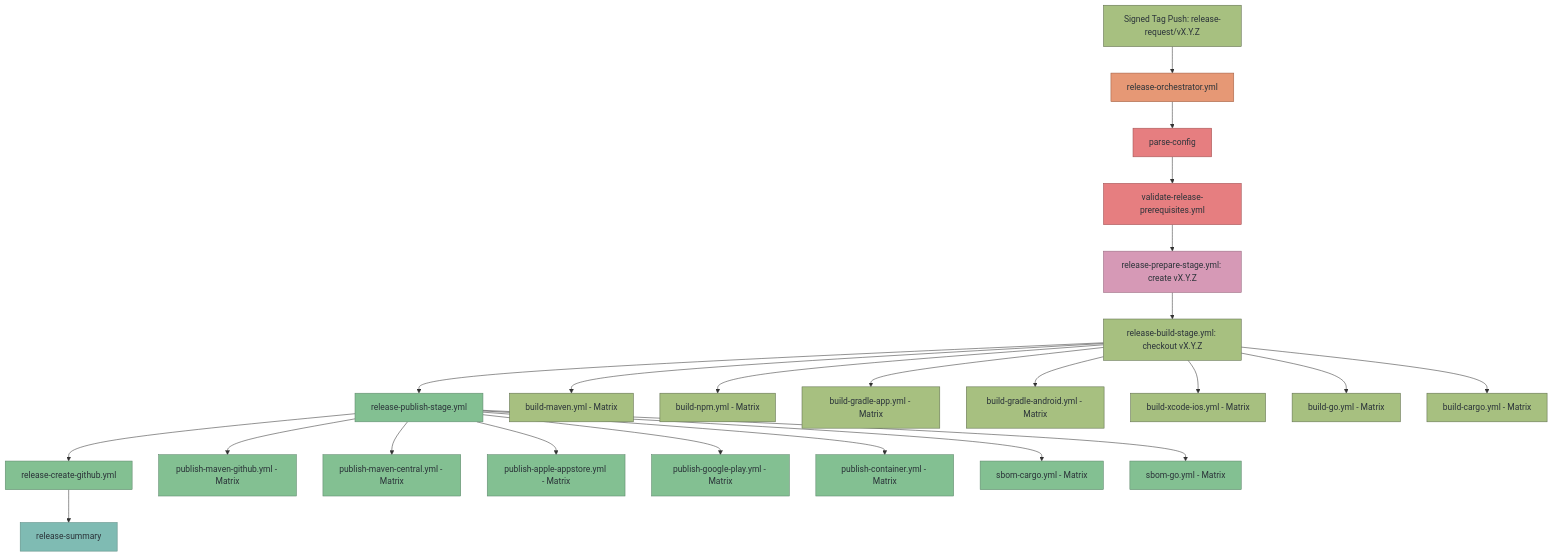
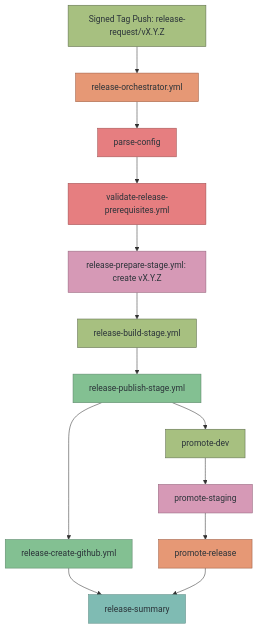
Before and after one commit to diggsweden/reusable-ci: the second of 5 diagrams in docs/workflows.md, drawn with Mermaid. The commit also changed other lines of this file and 74 other files, not shown here.

````diff
--- a/docs/workflows.md
+++ b/docs/workflows.md
@@ -154,51 +157,28 @@
 ```mermaid
 graph TD
     A[Signed Tag Push: release-request/vX.Y.Z] --> B[release-orchestrator.yml]
     B --> C[parse-config]
     C --> D[validate-release-prerequisites.yml]
     D --> E[release-prepare-stage.yml: create vX.Y.Z]
-    E --> F[release-build-stage.yml: checkout vX.Y.Z]
+    E --> F[release-build-stage.yml]
     F --> G[release-publish-stage.yml]
     G --> H[release-create-github.yml]
+    G --> J[promote-dev]
+    J --> K[promote-staging]
+    K --> L[promote-release]
     H --> I[release-summary]
-
-    F --> J[build-maven.yml - Matrix]
-    F --> K[build-npm.yml - Matrix]
-    F --> L[build-gradle-app.yml - Matrix]
-    F --> L2[build-gradle-android.yml - Matrix]
-    F --> M[build-xcode-ios.yml - Matrix]
-    F --> M2[build-go.yml - Matrix]
-    F --> M3[build-cargo.yml - Matrix]
-
-    G --> N[publish-maven-github.yml - Matrix]
-    G --> O[publish-maven-central.yml - Matrix]
-    G --> P[publish-apple-appstore.yml - Matrix]
-    G --> Q[publish-google-play.yml - Matrix]
-    G --> R[publish-container.yml - Matrix]
-    G --> S[sbom-cargo.yml - Matrix]
-    G --> T[sbom-go.yml - Matrix]
+    L --> I
 
     style A fill:#a7c080,stroke:#5c6a4a,color:#2b3339
     style B fill:#e69875,stroke:#9d5c41,color:#2b3339
     style C fill:#e67e80,stroke:#9d4f50,color:#2b3339
     style D fill:#e67e80,stroke:#9d4f50,color:#2b3339
     style E fill:#d699b6,stroke:#93647c,color:#2b3339
     style F fill:#a7c080,stroke:#5c6a4a,color:#2b3339
     style G fill:#83c092,stroke:#5c856a,color:#2b3339
     style H fill:#83c092,stroke:#5c856a,color:#2b3339
     style I fill:#7fbbb3,stroke:#5a8a82,color:#2b3339
     style J fill:#a7c080,stroke:#5c6a4a,color:#2b3339
-    style K fill:#a7c080,stroke:#5c6a4a,color:#2b3339
-    style L fill:#a7c080,stroke:#5c6a4a,color:#2b3339
-    style L2 fill:#a7c080,stroke:#5c6a4a,color:#2b3339
-    style M fill:#a7c080,stroke:#5c6a4a,color:#2b3339
-    style M2 fill:#a7c080,stroke:#5c6a4a,color:#2b3339
-    style M3 fill:#a7c080,stroke:#5c6a4a,color:#2b3339
-    style N fill:#83c092,stroke:#5c856a,color:#2b3339
-    style O fill:#83c092,stroke:#5c856a,color:#2b3339
-    style P fill:#83c092,stroke:#5c856a,color:#2b3339
-    style Q fill:#83c092,stroke:#5c856a,color:#2b3339
-    style R fill:#83c092,stroke:#5c856a,color:#2b3339
-    style S fill:#83c092,stroke:#5c856a,color:#2b3339
-    style T fill:#83c092,stroke:#5c856a,color:#2b3339
+    style K fill:#d699b6,stroke:#93647c,color:#2b3339
+    style L fill:#e69875,stroke:#9d5c41,color:#2b3339
 ```
````
